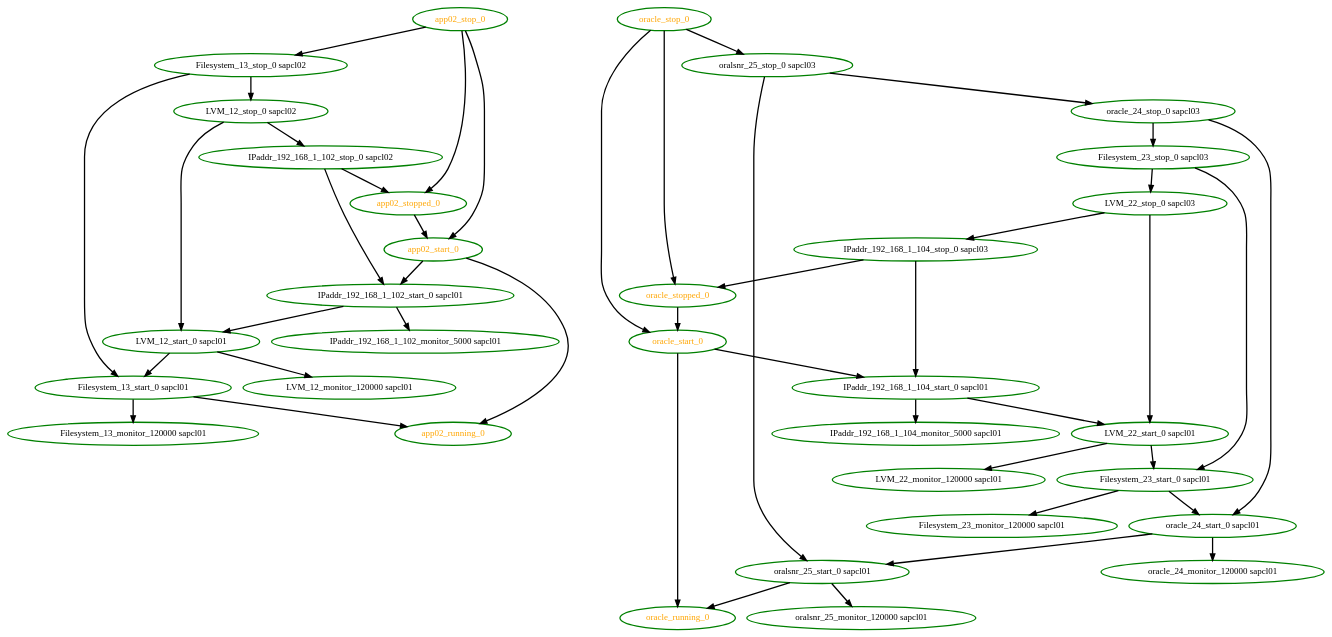
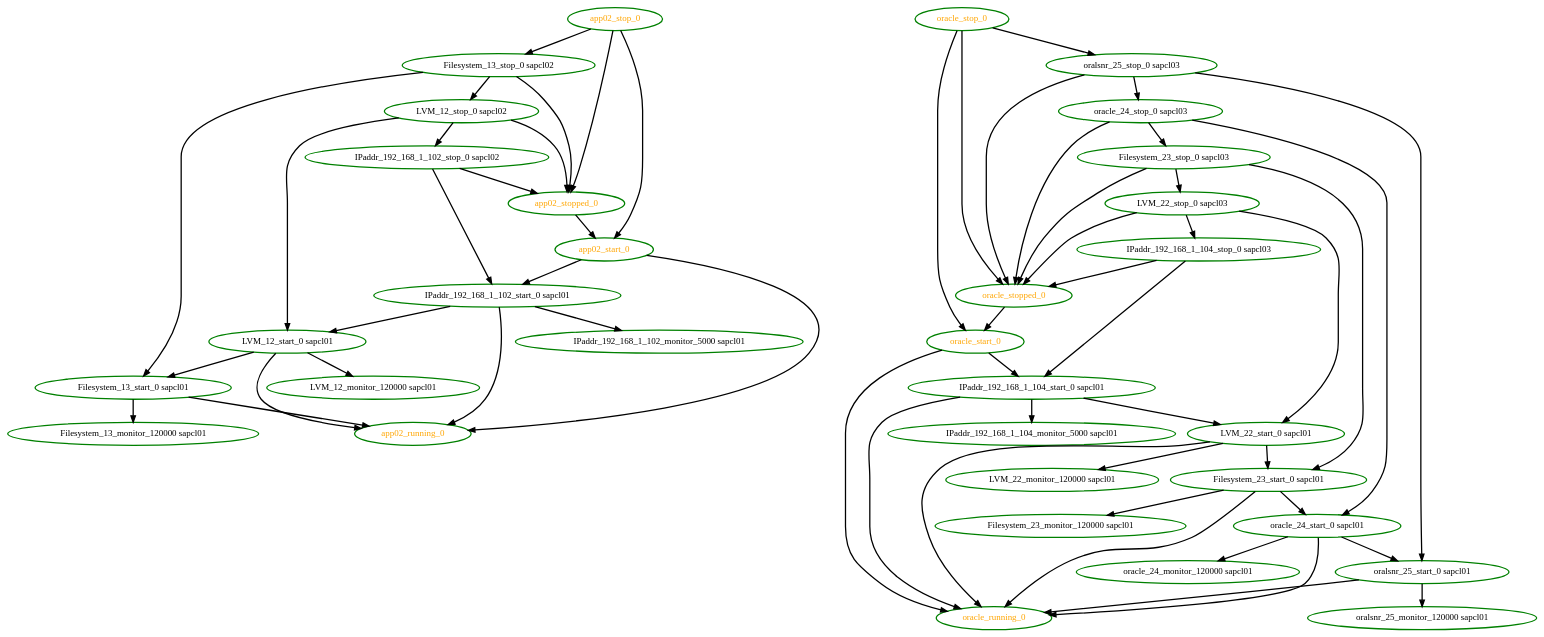
One commit to richiewen8/heartbeat changed the diagram in crm/pengine/testcases/standby.dot. Above: the diagram before and after it, drawn with Graphviz. The commit also changed 40 other files, not shown here.

```diff
--- a/crm/pengine/testcases/standby.dot
+++ b/crm/pengine/testcases/standby.dot
@@ -1,78 +1,90 @@
  digraph "g" {
 "Filesystem_13_monitor_120000 sapcl01" [ style=bold color="green" fontcolor="black" ]
 "Filesystem_13_start_0 sapcl01" -> "Filesystem_13_monitor_120000 sapcl01" [ style = bold]
 "Filesystem_13_start_0 sapcl01" -> "app02_running_0" [ style = bold]
 "Filesystem_13_start_0 sapcl01" [ style=bold color="green" fontcolor="black" ]
 "Filesystem_13_stop_0 sapcl02" -> "Filesystem_13_start_0 sapcl01" [ style = bold]
 "Filesystem_13_stop_0 sapcl02" -> "LVM_12_stop_0 sapcl02" [ style = bold]
+"Filesystem_13_stop_0 sapcl02" -> "app02_stopped_0" [ style = bold]
 "Filesystem_13_stop_0 sapcl02" [ style=bold color="green" fontcolor="black" ]
 "Filesystem_23_monitor_120000 sapcl01" [ style=bold color="green" fontcolor="black" ]
 "Filesystem_23_start_0 sapcl01" -> "Filesystem_23_monitor_120000 sapcl01" [ style = bold]
 "Filesystem_23_start_0 sapcl01" -> "oracle_24_start_0 sapcl01" [ style = bold]
+"Filesystem_23_start_0 sapcl01" -> "oracle_running_0" [ style = bold]
 "Filesystem_23_start_0 sapcl01" [ style=bold color="green" fontcolor="black" ]
 "Filesystem_23_stop_0 sapcl03" -> "Filesystem_23_start_0 sapcl01" [ style = bold]
 "Filesystem_23_stop_0 sapcl03" -> "LVM_22_stop_0 sapcl03" [ style = bold]
+"Filesystem_23_stop_0 sapcl03" -> "oracle_stopped_0" [ style = bold]
 "Filesystem_23_stop_0 sapcl03" [ style=bold color="green" fontcolor="black" ]
 "IPaddr_192_168_1_102_monitor_5000 sapcl01" [ style=bold color="green" fontcolor="black" ]
 "IPaddr_192_168_1_102_start_0 sapcl01" -> "IPaddr_192_168_1_102_monitor_5000 sapcl01" [ style = bold]
 "IPaddr_192_168_1_102_start_0 sapcl01" -> "LVM_12_start_0 sapcl01" [ style = bold]
+"IPaddr_192_168_1_102_start_0 sapcl01" -> "app02_running_0" [ style = bold]
 "IPaddr_192_168_1_102_start_0 sapcl01" [ style=bold color="green" fontcolor="black" ]
 "IPaddr_192_168_1_102_stop_0 sapcl02" -> "IPaddr_192_168_1_102_start_0 sapcl01" [ style = bold]
 "IPaddr_192_168_1_102_stop_0 sapcl02" -> "app02_stopped_0" [ style = bold]
 "IPaddr_192_168_1_102_stop_0 sapcl02" [ style=bold color="green" fontcolor="black" ]
 "IPaddr_192_168_1_104_monitor_5000 sapcl01" [ style=bold color="green" fontcolor="black" ]
 "IPaddr_192_168_1_104_start_0 sapcl01" -> "IPaddr_192_168_1_104_monitor_5000 sapcl01" [ style = bold]
 "IPaddr_192_168_1_104_start_0 sapcl01" -> "LVM_22_start_0 sapcl01" [ style = bold]
+"IPaddr_192_168_1_104_start_0 sapcl01" -> "oracle_running_0" [ style = bold]
 "IPaddr_192_168_1_104_start_0 sapcl01" [ style=bold color="green" fontcolor="black" ]
 "IPaddr_192_168_1_104_stop_0 sapcl03" -> "IPaddr_192_168_1_104_start_0 sapcl01" [ style = bold]
 "IPaddr_192_168_1_104_stop_0 sapcl03" -> "oracle_stopped_0" [ style = bold]
 "IPaddr_192_168_1_104_stop_0 sapcl03" [ style=bold color="green" fontcolor="black" ]
 "LVM_12_monitor_120000 sapcl01" [ style=bold color="green" fontcolor="black" ]
 "LVM_12_start_0 sapcl01" -> "Filesystem_13_start_0 sapcl01" [ style = bold]
 "LVM_12_start_0 sapcl01" -> "LVM_12_monitor_120000 sapcl01" [ style = bold]
+"LVM_12_start_0 sapcl01" -> "app02_running_0" [ style = bold]
 "LVM_12_start_0 sapcl01" [ style=bold color="green" fontcolor="black" ]
 "LVM_12_stop_0 sapcl02" -> "IPaddr_192_168_1_102_stop_0 sapcl02" [ style = bold]
 "LVM_12_stop_0 sapcl02" -> "LVM_12_start_0 sapcl01" [ style = bold]
+"LVM_12_stop_0 sapcl02" -> "app02_stopped_0" [ style = bold]
 "LVM_12_stop_0 sapcl02" [ style=bold color="green" fontcolor="black" ]
 "LVM_22_monitor_120000 sapcl01" [ style=bold color="green" fontcolor="black" ]
 "LVM_22_start_0 sapcl01" -> "Filesystem_23_start_0 sapcl01" [ style = bold]
 "LVM_22_start_0 sapcl01" -> "LVM_22_monitor_120000 sapcl01" [ style = bold]
+"LVM_22_start_0 sapcl01" -> "oracle_running_0" [ style = bold]
 "LVM_22_start_0 sapcl01" [ style=bold color="green" fontcolor="black" ]
 "LVM_22_stop_0 sapcl03" -> "IPaddr_192_168_1_104_stop_0 sapcl03" [ style = bold]
 "LVM_22_stop_0 sapcl03" -> "LVM_22_start_0 sapcl01" [ style = bold]
+"LVM_22_stop_0 sapcl03" -> "oracle_stopped_0" [ style = bold]
 "LVM_22_stop_0 sapcl03" [ style=bold color="green" fontcolor="black" ]
 "app02_running_0" [ style=bold color="green" fontcolor="orange" ]
 "app02_start_0" -> "IPaddr_192_168_1_102_start_0 sapcl01" [ style = bold]
 "app02_start_0" -> "app02_running_0" [ style = bold]
 "app02_start_0" [ style=bold color="green" fontcolor="orange" ]
 "app02_stop_0" -> "Filesystem_13_stop_0 sapcl02" [ style = bold]
 "app02_stop_0" -> "app02_start_0" [ style = bold]
 "app02_stop_0" -> "app02_stopped_0" [ style = bold]
 "app02_stop_0" [ style=bold color="green" fontcolor="orange" ]
 "app02_stopped_0" -> "app02_start_0" [ style = bold]
 "app02_stopped_0" [ style=bold color="green" fontcolor="orange" ]
 "oracle_24_monitor_120000 sapcl01" [ style=bold color="green" fontcolor="black" ]
 "oracle_24_start_0 sapcl01" -> "oracle_24_monitor_120000 sapcl01" [ style = bold]
+"oracle_24_start_0 sapcl01" -> "oracle_running_0" [ style = bold]
 "oracle_24_start_0 sapcl01" -> "oralsnr_25_start_0 sapcl01" [ style = bold]
 "oracle_24_start_0 sapcl01" [ style=bold color="green" fontcolor="black" ]
 "oracle_24_stop_0 sapcl03" -> "Filesystem_23_stop_0 sapcl03" [ style = bold]
 "oracle_24_stop_0 sapcl03" -> "oracle_24_start_0 sapcl01" [ style = bold]
+"oracle_24_stop_0 sapcl03" -> "oracle_stopped_0" [ style = bold]
 "oracle_24_stop_0 sapcl03" [ style=bold color="green" fontcolor="black" ]
 "oracle_running_0" [ style=bold color="green" fontcolor="orange" ]
 "oracle_start_0" -> "IPaddr_192_168_1_104_start_0 sapcl01" [ style = bold]
 "oracle_start_0" -> "oracle_running_0" [ style = bold]
 "oracle_start_0" [ style=bold color="green" fontcolor="orange" ]
 "oracle_stop_0" -> "oracle_start_0" [ style = bold]
 "oracle_stop_0" -> "oracle_stopped_0" [ style = bold]
 "oracle_stop_0" -> "oralsnr_25_stop_0 sapcl03" [ style = bold]
 "oracle_stop_0" [ style=bold color="green" fontcolor="orange" ]
 "oracle_stopped_0" -> "oracle_start_0" [ style = bold]
 "oracle_stopped_0" [ style=bold color="green" fontcolor="orange" ]
 "oralsnr_25_monitor_120000 sapcl01" [ style=bold color="green" fontcolor="black" ]
 "oralsnr_25_start_0 sapcl01" -> "oracle_running_0" [ style = bold]
 "oralsnr_25_start_0 sapcl01" -> "oralsnr_25_monitor_120000 sapcl01" [ style = bold]
 "oralsnr_25_start_0 sapcl01" [ style=bold color="green" fontcolor="black" ]
 "oralsnr_25_stop_0 sapcl03" -> "oracle_24_stop_0 sapcl03" [ style = bold]
+"oralsnr_25_stop_0 sapcl03" -> "oracle_stopped_0" [ style = bold]
 "oralsnr_25_stop_0 sapcl03" -> "oralsnr_25_start_0 sapcl01" [ style = bold]
 "oralsnr_25_stop_0 sapcl03" [ style=bold color="green" fontcolor="black" ]
 }
```
